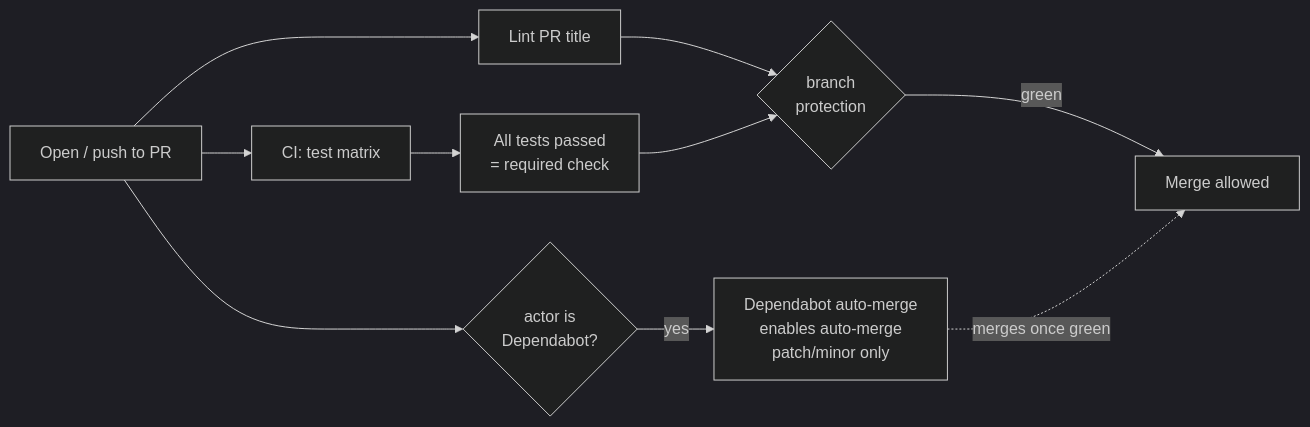
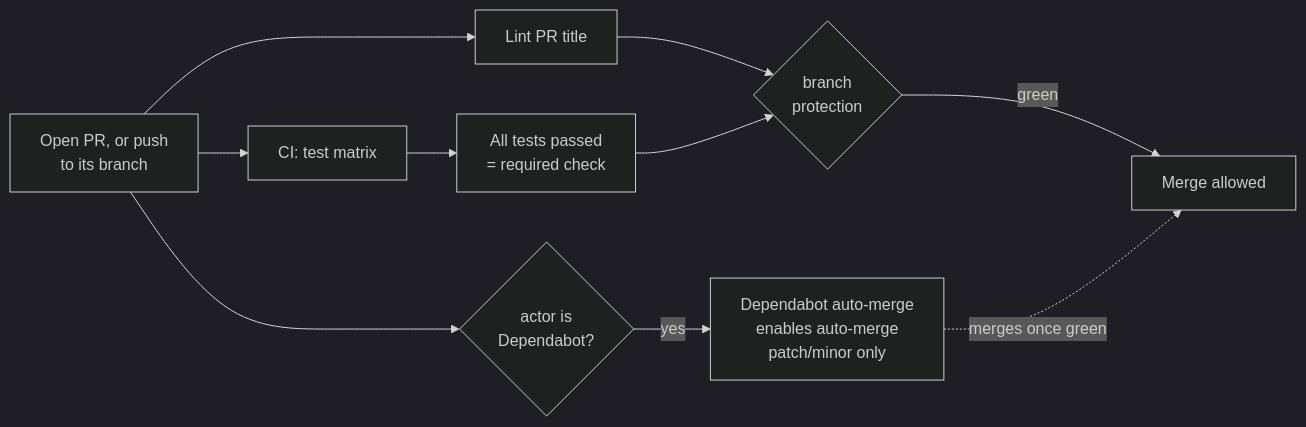
One commit to petercorke/rvc-ecosystem changed the first of 4 diagrams in CI.md. Above: the diagram before and after it, drawn with Mermaid (dark theme). The commit also changed other lines of this file, not shown here.

````diff
--- a/CI.md
+++ b/CI.md
@@ -67,12 +71,12 @@
 ```mermaid
 flowchart LR
-    PR[Open / push to PR] --> CI[CI: test matrix]
+    PR[Open PR, or push<br/>to its branch] --> CI[CI: test matrix]
     PR --> LINT[Lint PR title]
     PR --> DB{actor is<br/>Dependabot?}
     DB -- yes --> AM[Dependabot auto-merge<br/>enables auto-merge<br/>patch/minor only]
     CI --> ATP[All tests passed<br/>= required check]
     LINT --> GATE
     ATP --> GATE{branch<br/>protection}
     GATE -- green --> MERGE[Merge allowed]
     AM -. merges once green .-> MERGE
 ```
````
